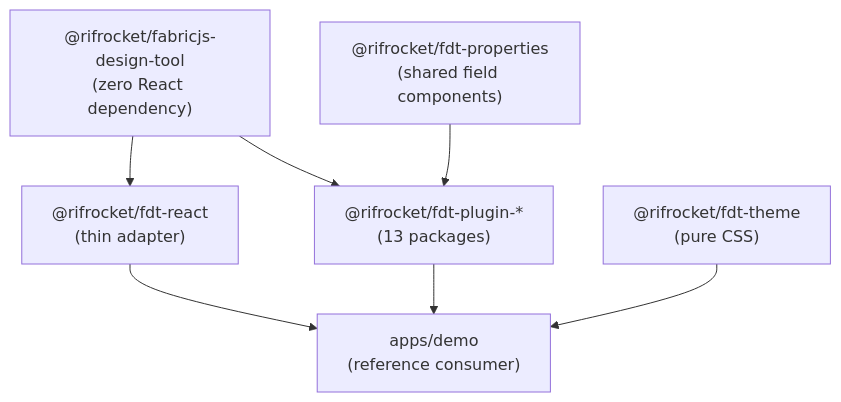
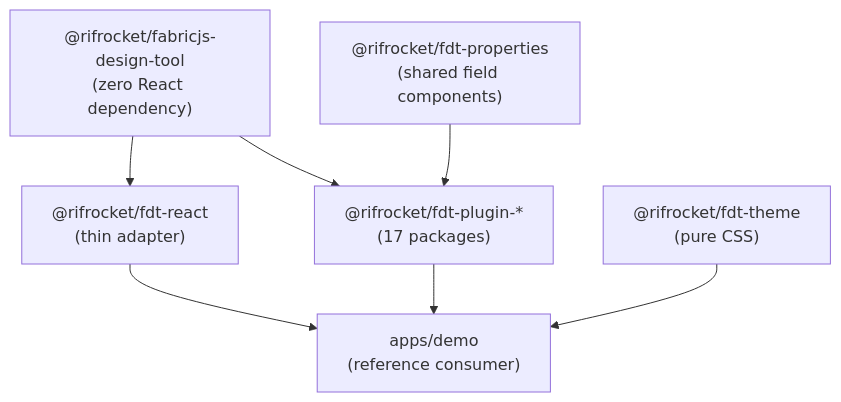
Before and after one commit to rifrocket/fabricjs-design-tool: the diagram in apps/docs/docs/architecture/overview.md, drawn with Mermaid. The commit also changed 73 other files, not shown here.

````diff
--- a/apps/docs/docs/architecture/overview.md
+++ b/apps/docs/docs/architecture/overview.md
@@ -12,16 +12,16 @@
 ```mermaid
 flowchart TB
     core["@rifrocket/fabricjs-design-tool<br/>(zero React dependency)"]
     react["@rifrocket/fdt-react<br/>(thin adapter)"]
     theme["@rifrocket/fdt-theme<br/>(pure CSS)"]
     properties["@rifrocket/fdt-properties<br/>(shared field components)"]
-    plugins["@rifrocket/fdt-plugin-*<br/>(13 packages)"]
+    plugins["@rifrocket/fdt-plugin-*<br/>(17 packages)"]
     demo["apps/demo<br/>(reference consumer)"]
 
     core --> react
     core --> plugins
     react --> demo
     plugins --> demo
     theme --> demo
     properties --> plugins
 ```
````
